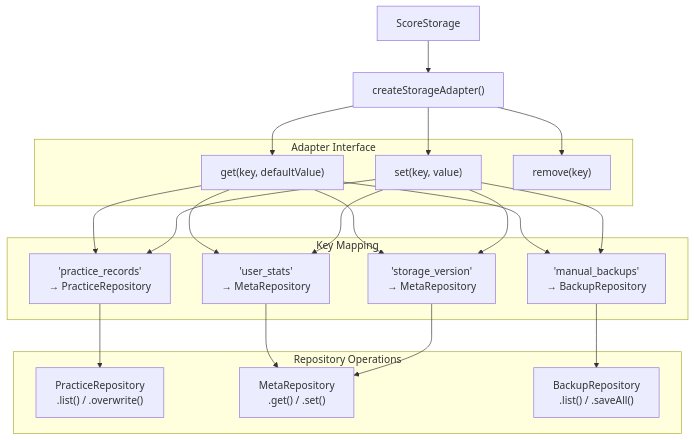
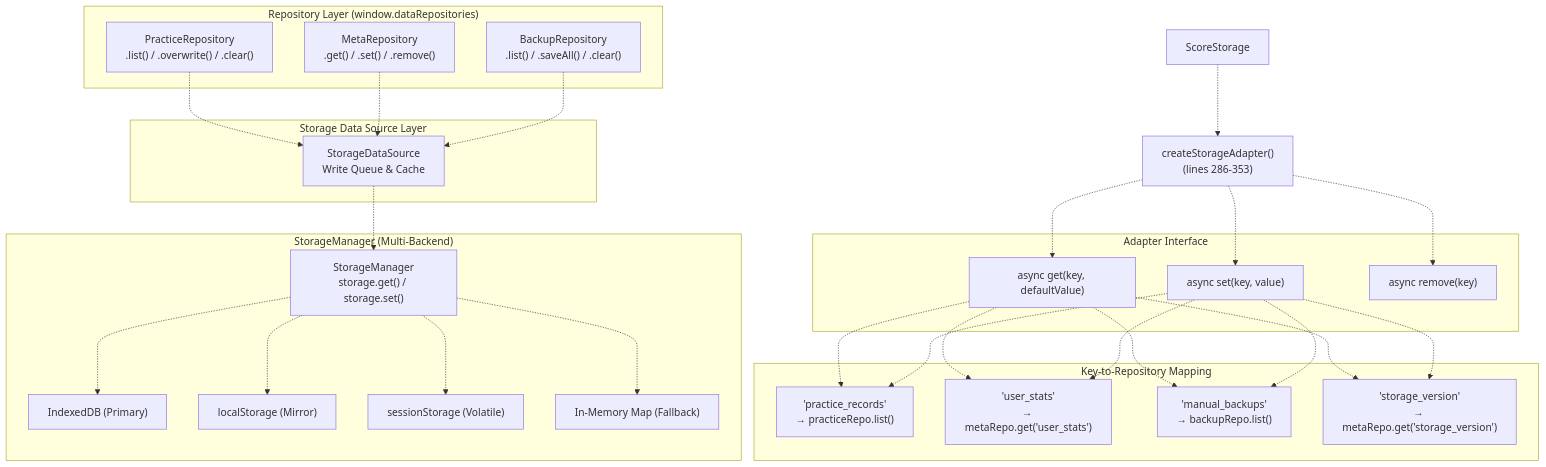
One commit to sallowayma-git/IELTS-practice changed the eighth of 14 diagrams in developer/doc/Wiki/PracticeRecorder-&-ScoreStorage.md. Above: the diagram before and after it, drawn with Mermaid. The commit also changed other lines of this file and 84 other files, not shown here.

````diff
--- a/developer/doc/Wiki/PracticeRecorder-&-ScoreStorage.md
+++ b/developer/doc/Wiki/PracticeRecorder-&-ScoreStorage.md
@@ -819,52 +846,74 @@
 ```mermaid
 flowchart TD
 
 SS["ScoreStorage"]
-ADAPTER["createStorageAdapter()"]
-GET["get(key, defaultValue)"]
-SET["set(key, value)"]
-REMOVE["remove(key)"]
-PR_KEY["'practice_records'<br>→ PracticeRepository"]
-US_KEY["'user_stats'<br>→ MetaRepository"]
-BK_KEY["'manual_backups'<br>→ BackupRepository"]
-SV_KEY["'storage_version'<br>→ MetaRepository"]
-PREPO["PracticeRepository<br>.list() / .overwrite()"]
-MREPO["MetaRepository<br>.get() / .set()"]
-BREPO["BackupRepository<br>.list() / .saveAll()"]
+ADAPTER["createStorageAdapter()<br>(lines 286-353)"]
+GET["async get(key, defaultValue)"]
+SET["async set(key, value)"]
+REMOVE["async remove(key)"]
+PR_KEY["'practice_records'<br>→ practiceRepo.list()"]
+US_KEY["'user_stats'<br>→ metaRepo.get('user_stats')"]
+BK_KEY["'manual_backups'<br>→ backupRepo.list()"]
+SV_KEY["'storage_version'<br>→ metaRepo.get('storage_version')"]
+PREPO["PracticeRepository<br>.list() / .overwrite() / .clear()"]
+MREPO["MetaRepository<br>.get() / .set() / .remove()"]
+BREPO["BackupRepository<br>.list() / .saveAll() / .clear()"]
+SDS["StorageDataSource<br>Write Queue & Cache"]
+SM["StorageManager<br>storage.get() / storage.set()"]
+IDB["IndexedDB (Primary)"]
+LS["localStorage (Mirror)"]
+SS_STORE["sessionStorage (Volatile)"]
+MEM["In-Memory Map (Fallback)"]
 
-SS --> ADAPTER
-ADAPTER --> GET
-ADAPTER --> SET
-ADAPTER --> REMOVE
-GET --> PR_KEY
-GET --> US_KEY
-GET --> BK_KEY
-GET --> SV_KEY
-SET --> PR_KEY
-SET --> US_KEY
-SET --> BK_KEY
-SET --> SV_KEY
-PR_KEY --> PREPO
-US_KEY --> MREPO
-BK_KEY --> BREPO
-SV_KEY --> MREPO
+SS -.-> ADAPTER
+ADAPTER -.-> GET
+ADAPTER -.-> SET
+ADAPTER -.-> REMOVE
+GET -.-> PR_KEY
+GET -.-> US_KEY
+GET -.-> BK_KEY
+GET -.-> SV_KEY
+SET -.-> PR_KEY
+SET -.-> US_KEY
+SET -.-> BK_KEY
+SET -.-> SV_KEY
+PREPO -.-> SDS
+MREPO -.-> SDS
+BREPO -.-> SDS
+SDS -.-> SM
 
-subgraph subGraph2 ["Repository Operations"]
+subgraph subGraph4 ["StorageManager (Multi-Backend)"]
+    SM
+    IDB
+    LS
+    SS_STORE
+    MEM
+    SM -.-> IDB
+    SM -.-> LS
+    SM -.-> SS_STORE
+    SM -.-> MEM
+end
+
+subgraph subGraph3 ["Storage Data Source Layer"]
+    SDS
+end
+
+subgraph subGraph2 ["Repository Layer (window.dataRepositories)"]
     PREPO
     MREPO
     BREPO
 end
 
-subgraph subGraph1 ["Key Mapping"]
+subgraph subGraph1 ["Key-to-Repository Mapping"]
     PR_KEY
     US_KEY
     BK_KEY
     SV_KEY
 end
 
 subgraph subGraph0 ["Adapter Interface"]
     GET
     SET
     REMOVE
 end
 ```
````
